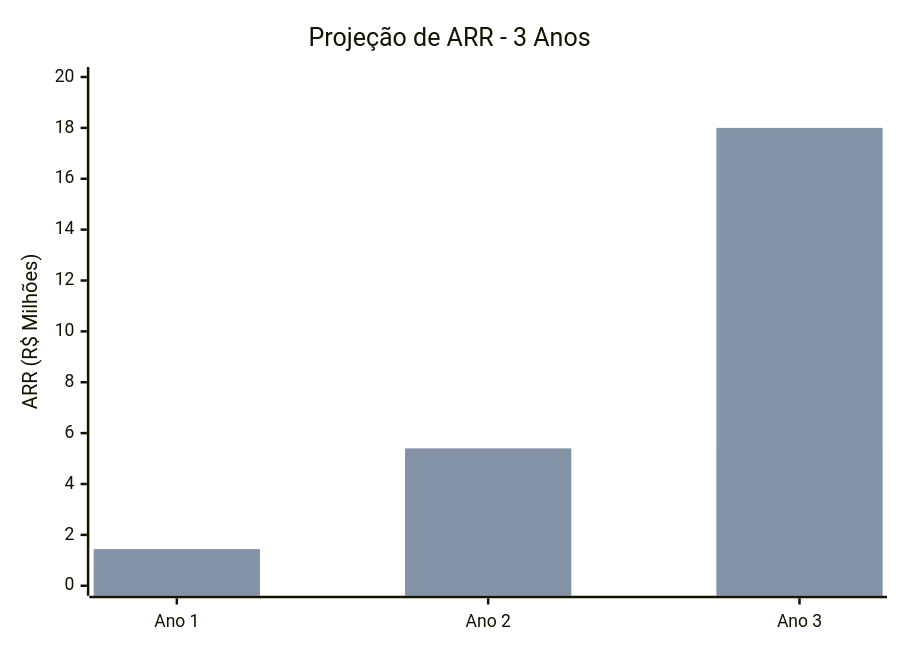
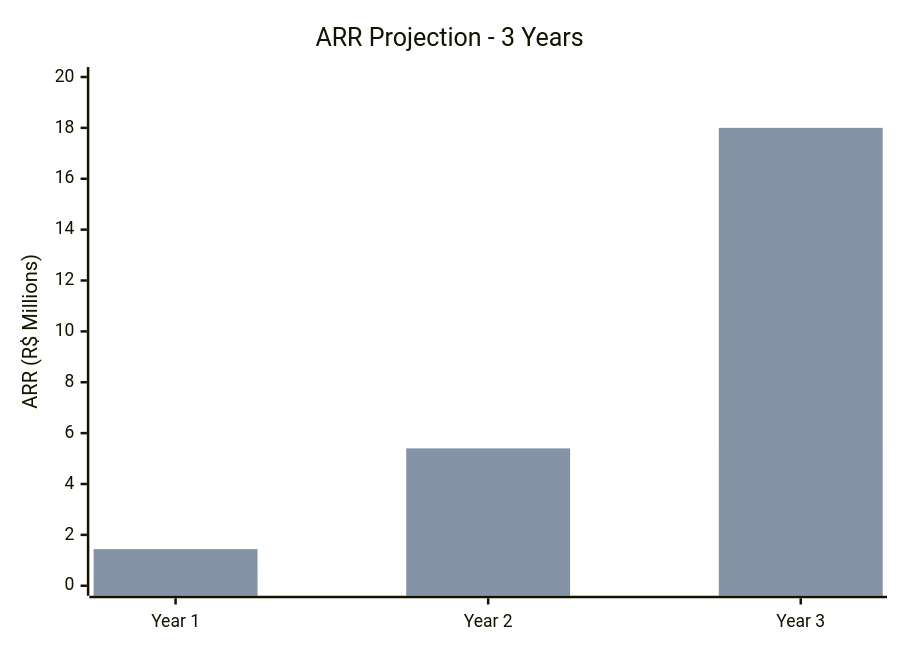
Diagram 12 of 12 in docs/MONETIZATION.md (RenanLisboa8/n8n-clinic-multiagent), drawn with Mermaid before and after one commit. The commit also changed other lines of this file and 4 other files, not shown here.

First line of the commit message:
Update documentation and diagrams for improved clarity and accessibility

````diff
--- a/docs/MONETIZATION.md
+++ b/docs/MONETIZATION.md
@@ -472,8 +482,8 @@
 ```mermaid
 xychart-beta
-    title "Projeção de ARR - 3 Anos"
-    x-axis ["Ano 1", "Ano 2", "Ano 3"]
-    y-axis "ARR (R$ Milhões)" 0 --> 20
-    bar "Conservador" [0.54, 1.8, 5.4]
-    bar "Otimista" [1.44, 5.4, 18]
+    title "ARR Projection - 3 Years"
+    x-axis ["Year 1", "Year 2", "Year 3"]
+    y-axis "ARR (R$ Millions)" 0 --> 20
+    bar "Conservative" [0.54, 1.8, 5.4]
+    bar "Optimistic" [1.44, 5.4, 18]
 ```
````
